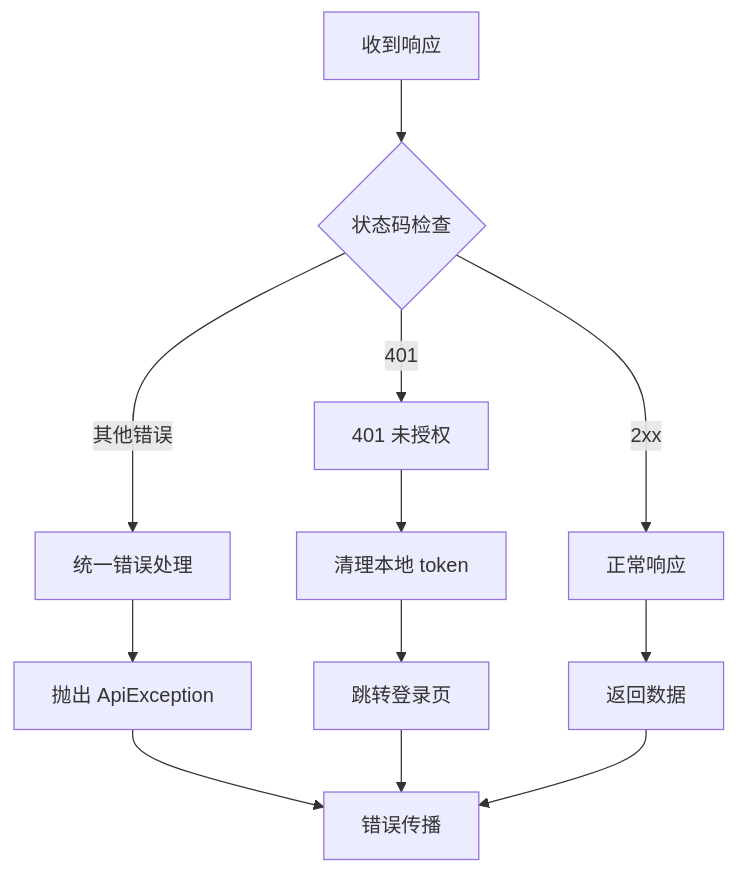
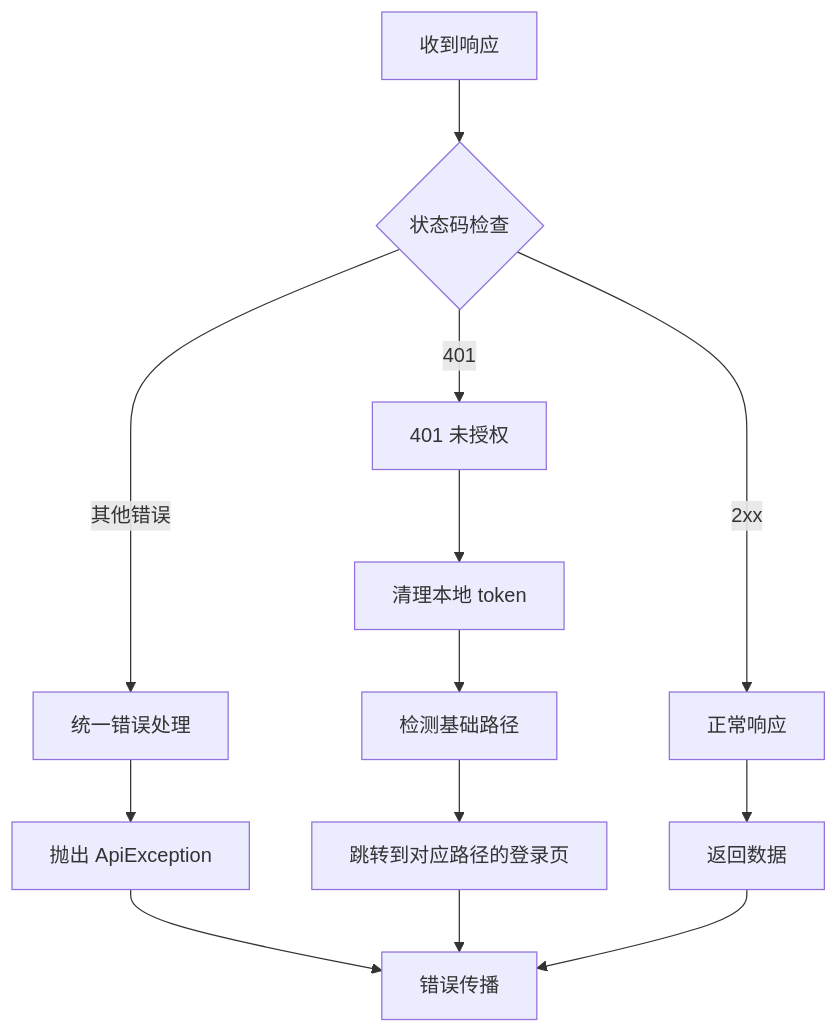
One commit to gujialind/InvestRing changed the sixth of 9 diagrams in .qoder/repowiki/zh/content/前端应用架构/状态管理策略/API 客户端设计.md. Above: the diagram before and after it, drawn with Mermaid. The commit also changed other lines of this file and 65 other files, not shown here.

````diff
--- a/.qoder/repowiki/zh/content/前端应用架构/状态管理策略/API 客户端设计.md
+++ b/.qoder/repowiki/zh/content/前端应用架构/状态管理策略/API 客户端设计.md
@@ -290,14 +321,15 @@
 ```mermaid
 flowchart TD
 Response["收到响应"] --> StatusCheck{"状态码检查"}
 StatusCheck --> |2xx| Success["正常响应"]
 StatusCheck --> |401| Unauthorized["401 未授权"]
 StatusCheck --> |其他错误| ErrorHandler["统一错误处理"]
 Unauthorized --> ClearToken["清理本地 token"]
-ClearToken --> Redirect["跳转登录页"]
+ClearToken --> DetectPath["检测基础路径"]
+DetectPath --> Redirect["跳转到对应路径的登录页"]
 ErrorHandler --> ThrowError["抛出 ApiException"]
 Success --> ReturnData["返回数据"]
 ThrowError --> End["错误传播"]
 Redirect --> End
 ReturnData --> End
 ```
````
